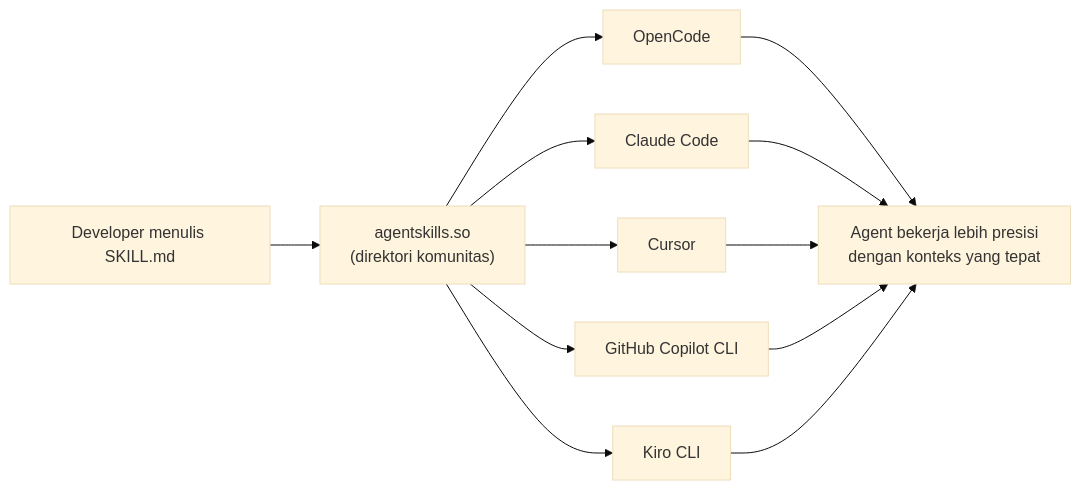
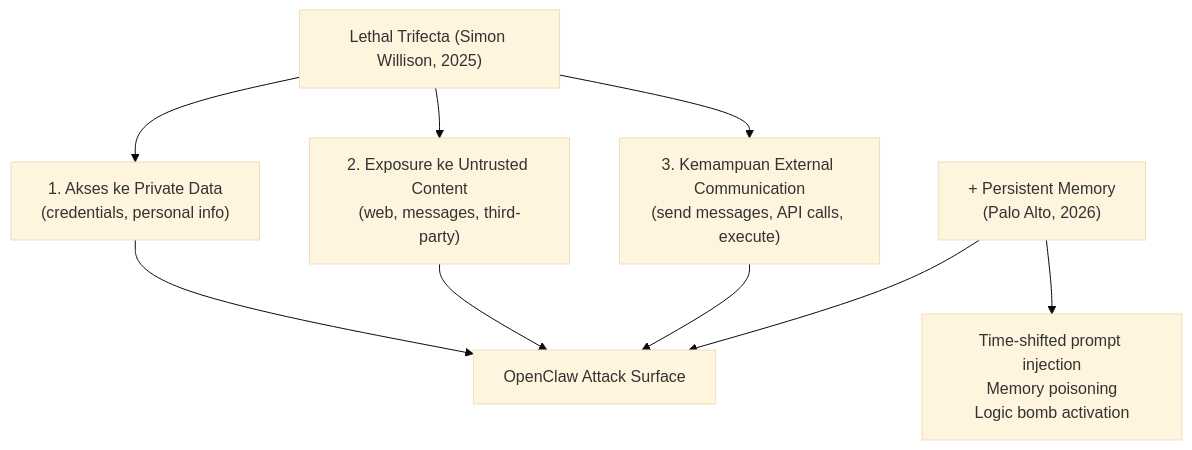
One commit to sandikodev/content changed the first of 3 diagrams in posts/skill-md-agent-skills-open-standard.md. Above: the diagram before and after it, drawn with Mermaid (base theme). The commit also changed other lines of this file, not shown here.

Commit message:
post: update skill.md artikel — lengkap dengan semua referensi, security analysis, dan 5 skill nyata

````diff
--- a/posts/skill-md-agent-skills-open-standard.md
+++ b/posts/skill-md-agent-skills-open-standard.md
@@ -134,10 +74,9 @@
 ```mermaid
-graph LR
-    A["Developer menulis SKILL.md"] --> B["agentskills.so\n(direktori komunitas)"]
-    B --> C["OpenCode"]
-    B --> D["Claude Code"]
-    B --> E["Cursor"]
-    B --> F["GitHub Copilot CLI"]
-    B --> G["Kiro CLI"]
-    C & D & E & F & G --> H["Agent bekerja lebih presisi\ndengan konteks yang tepat"]
+graph TD
+    A["Lethal Trifecta (Simon Willison, 2025)"]
+    A --> B["1. Akses ke Private Data\n(credentials, personal info)"]
+    A --> C["2. Exposure ke Untrusted Content\n(web, messages, third-party)"]
+    A --> D["3. Kemampuan External Communication\n(send messages, API calls, execute)"]
+    E["+ Persistent Memory\n(Palo Alto, 2026)"] --> F["Time-shifted prompt injection\nMemory poisoning\nLogic bomb activation"]
+    B & C & D & E --> G["OpenClaw Attack Surface"]
 ```
````
